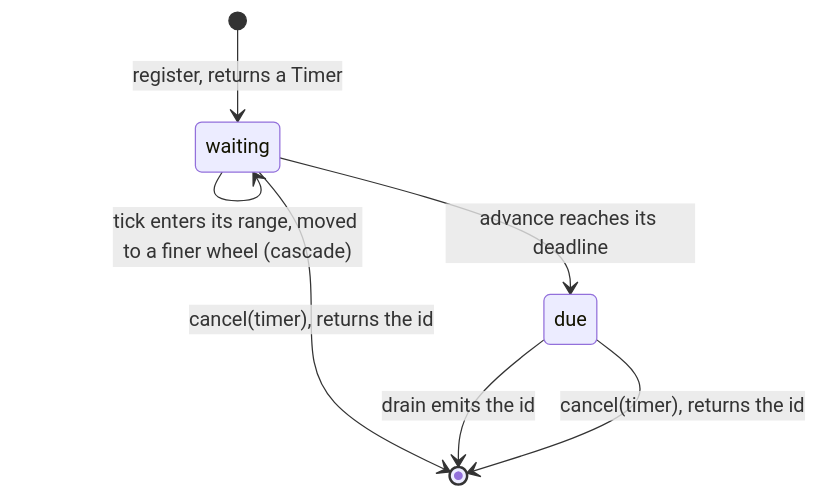
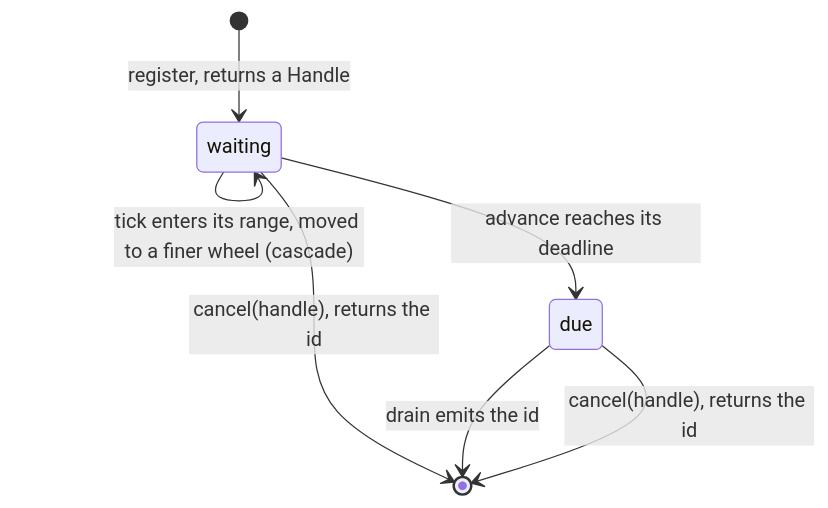
Before and after one commit to seuros/wheel_machines: the first of 2 diagrams in README.md, drawn with Mermaid. The commit also changed other lines of this file and 9 other files, not shown here.

````diff
--- a/README.md
+++ b/README.md
@@ -63,9 +67,9 @@
 ```mermaid
 stateDiagram-v2
-    [*] --> waiting: register, returns a Timer
+    [*] --> waiting: register, returns a Handle
     waiting --> waiting: tick enters its range, moved to a finer wheel (cascade)
     waiting --> due: advance reaches its deadline
-    waiting --> [*]: cancel(timer), returns the id
+    waiting --> [*]: cancel(handle), returns the id
     due --> [*]: drain emits the id
-    due --> [*]: cancel(timer), returns the id
+    due --> [*]: cancel(handle), returns the id
 ```
````
